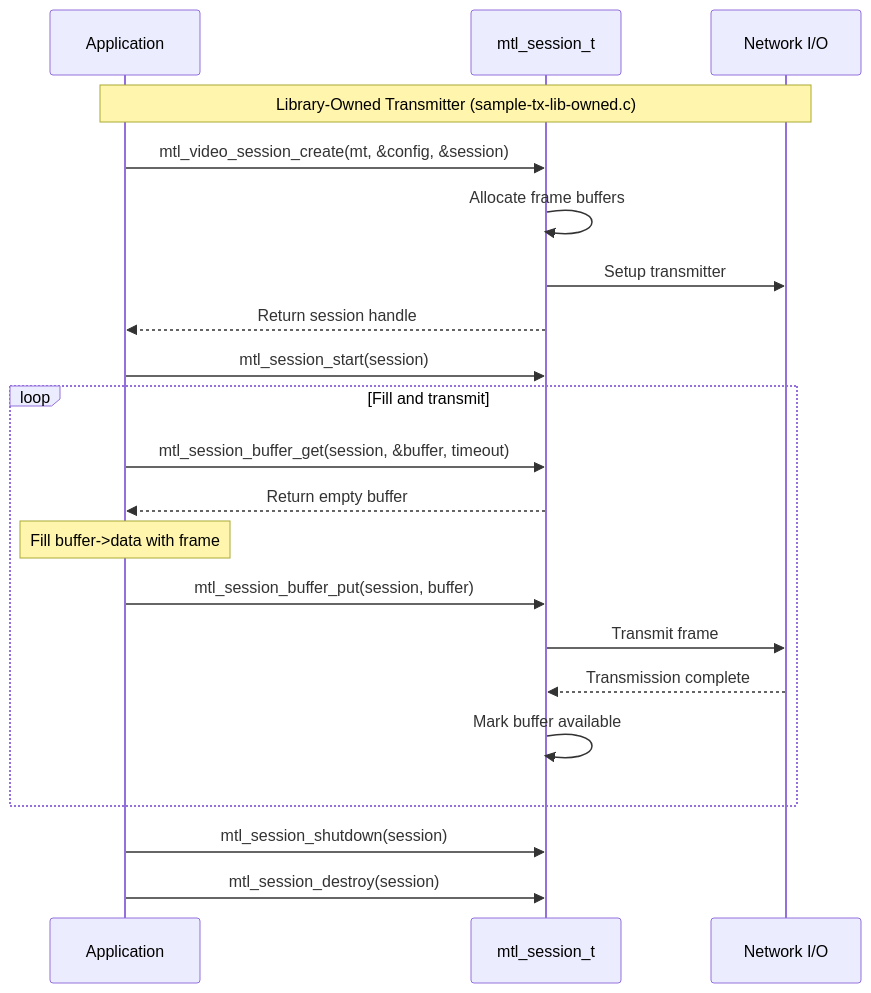
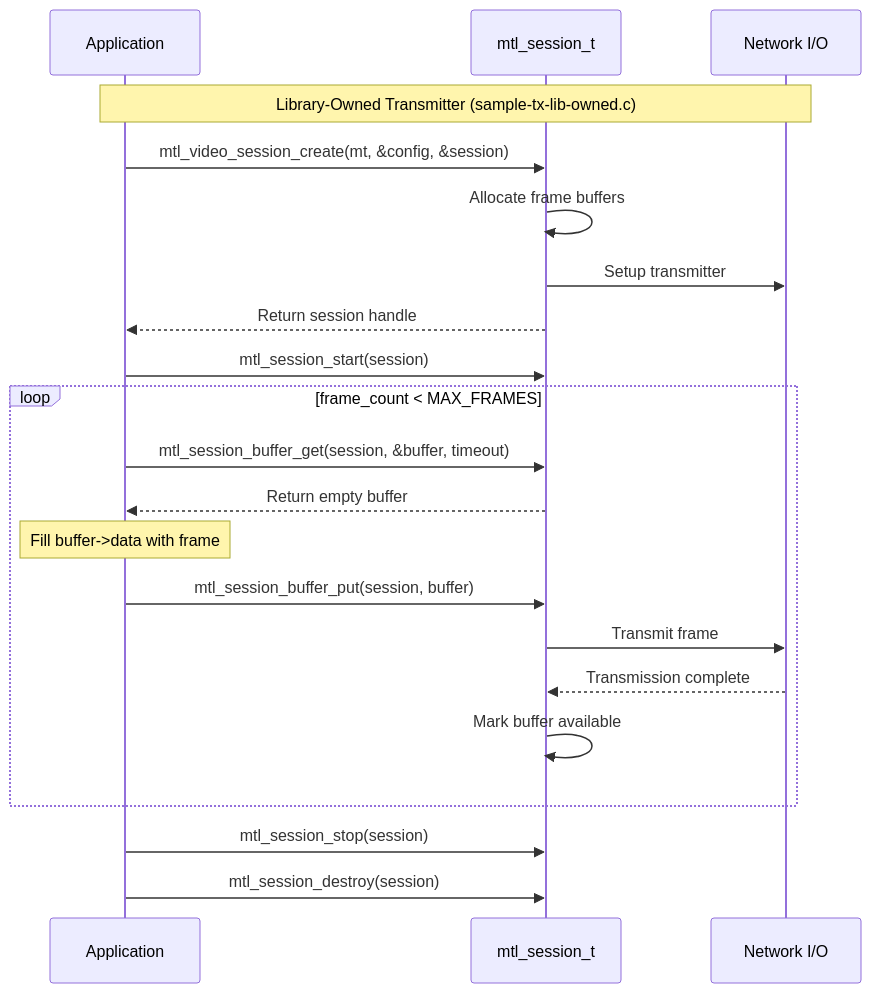
One commit to OpenVisualCloud/Media-Transport-Library changed the second of 10 diagrams in doc/new_API/samples/diagrams.md. Above: the diagram before and after it, drawn with Mermaid. The commit also changed other lines of this file and 14 other files, not shown here.

````diff
--- a/doc/new_API/samples/diagrams.md
+++ b/doc/new_API/samples/diagrams.md
@@ -39,30 +41,30 @@
 ```mermaid
 sequenceDiagram
     participant App as Application
     participant Session as mtl_session_t
     participant Network as Network I/O
     
     Note over App,Network: Library-Owned Transmitter (sample-tx-lib-owned.c)
     
     App->>Session: mtl_video_session_create(mt, &config, &session)
     Session->>Session: Allocate frame buffers
     Session->>Network: Setup transmitter
     Session-->>App: Return session handle
     
     App->>Session: mtl_session_start(session)
     
-    loop Fill and transmit
+    loop frame_count < MAX_FRAMES
         App->>Session: mtl_session_buffer_get(session, &buffer, timeout)
         Session-->>App: Return empty buffer
         
         Note over App: Fill buffer->data with frame
         
         App->>Session: mtl_session_buffer_put(session, buffer)
         Session->>Network: Transmit frame
         Network-->>Session: Transmission complete
         Session->>Session: Mark buffer available
     end
     
-    App->>Session: mtl_session_shutdown(session)
+    App->>Session: mtl_session_stop(session)
     App->>Session: mtl_session_destroy(session)
 ```
````
